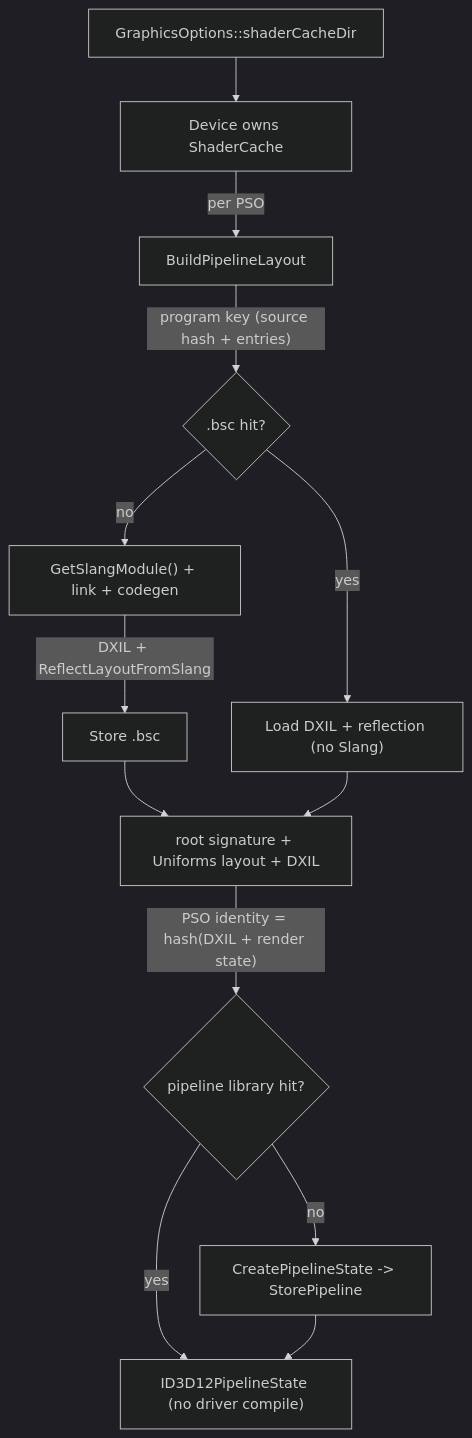
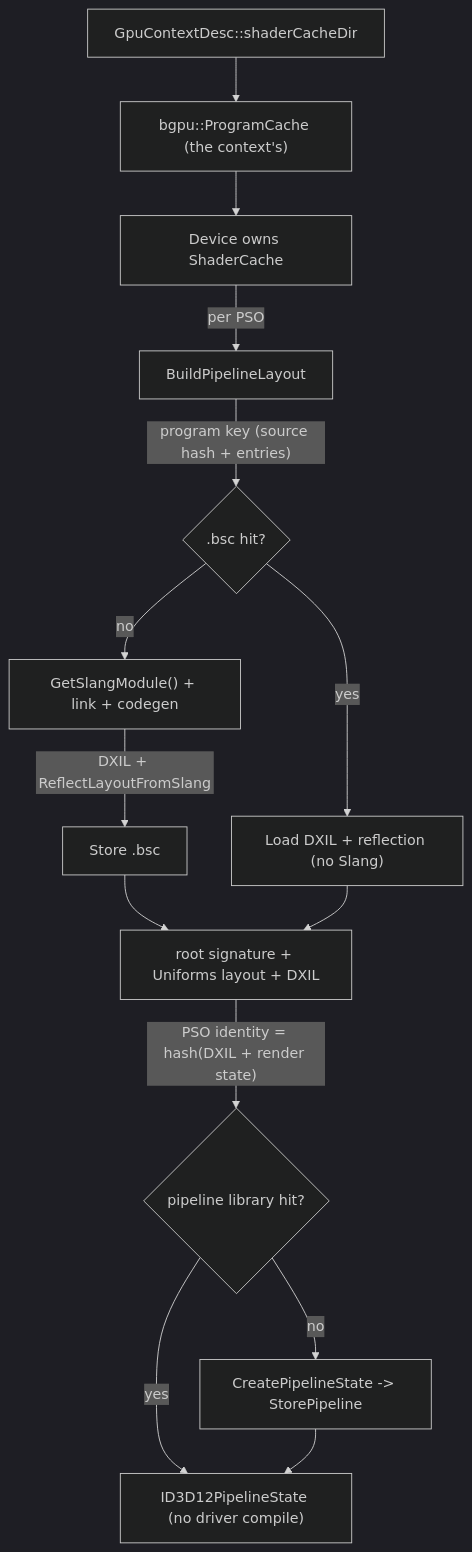
One commit to alexjiang200407/bernini changed the diagram in docs/shader_cache.md. Above: the diagram before and after it, drawn with Mermaid (dark theme). The commit also changed other lines of this file and 128 other files, not shown here.

````diff
--- a/docs/shader_cache.md
+++ b/docs/shader_cache.md
@@ -119,18 +131,19 @@
 ```mermaid
 flowchart TD
-    OPT["GraphicsOptions::shaderCacheDir"] --> DEV["Device owns ShaderCache"]
+    OPT["GpuContextDesc::shaderCacheDir"] --> PC["bgpu::ProgramCache (the context's)"]
+    PC --> DEV["Device owns ShaderCache"]
     DEV -- "per PSO" --> BPL["BuildPipelineLayout"]
 
     BPL -- "program key (source hash + entries)" --> HIT{".bsc hit?"}
     HIT -- "no" --> SLANG["GetSlangModule() + link + codegen"]
     SLANG -- "DXIL + ReflectLayoutFromSlang" --> STORE["Store .bsc"]
     HIT -- "yes" --> LOAD["Load DXIL + reflection (no Slang)"]
 
     STORE --> ROOT["root signature + Uniforms layout + DXIL"]
     LOAD --> ROOT
 
     ROOT -- "PSO identity = hash(DXIL + render state)" --> PLIB{"pipeline library hit?"}
     PLIB -- "yes" --> PSO["ID3D12PipelineState (no driver compile)"]
     PLIB -- "no" --> CREATE["CreatePipelineState -> StorePipeline"]
     CREATE --> PSO
 ```
````
